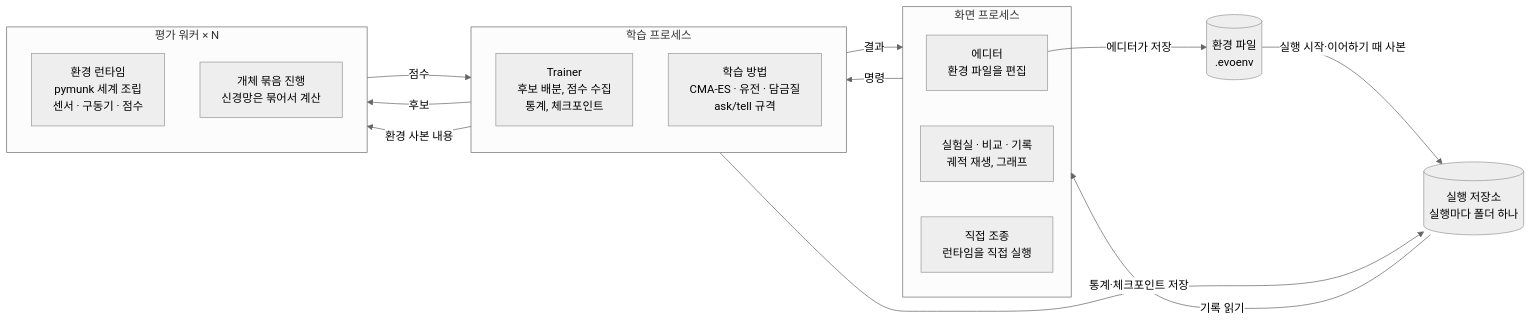
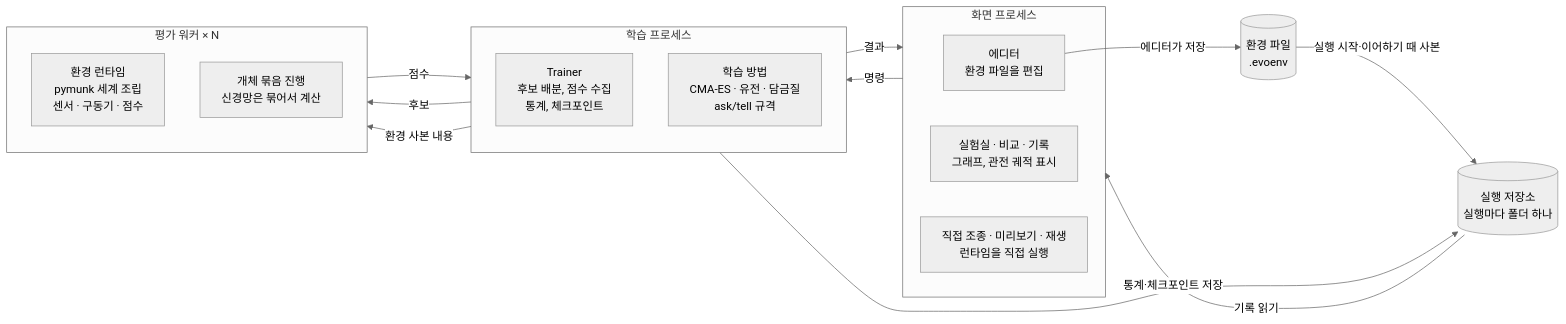
The diagram in docs/spec.md (Gemini-25/evo), drawn with Mermaid (neutral theme) before and after one commit. The commit also changed other lines of this file and 10 other files, not shown here.

````diff
--- a/docs/spec.md
+++ b/docs/spec.md
@@ -56,27 +56,27 @@
 ```mermaid
 flowchart LR
   subgraph GUI[화면 프로세스]
     E[에디터<br/>환경 파일을 편집]
-    L[실험실 · 비교 · 기록<br/>궤적 재생, 그래프]
-    P[직접 조종<br/>런타임을 직접 실행]
+    L[실험실 · 비교 · 기록<br/>그래프, 관전 궤적 표시]
+    P[직접 조종 · 미리보기 · 재생<br/>런타임을 직접 실행]
   end
   subgraph TR[학습 프로세스]
     T[Trainer<br/>후보 배분, 점수 수집<br/>통계, 체크포인트]
     M[학습 방법<br/>CMA-ES · 유전 · 담금질<br/>ask/tell 규격]
   end
   subgraph WK[평가 워커 × N]
     R[환경 런타임<br/>pymunk 세계 조립<br/>센서 · 구동기 · 점수]
     B[개체 묶음 진행<br/>신경망은 묶어서 계산]
   end
   RS[(실행 저장소<br/>실행마다 폴더 하나)]
   EF[(환경 파일<br/>.evoenv)]
   GUI -- 명령 --> TR
   TR -- 결과 --> GUI
   TR -- 후보 --> WK
   WK -- 점수 --> TR
   TR -- 통계·체크포인트 저장 --> RS
   RS -- 기록 읽기 --> GUI
   E -- 에디터가 저장 --> EF
   EF -- 실행 시작·이어하기 때 사본 --> RS
   TR -- 환경 사본 내용 --> WK
 ```
````
